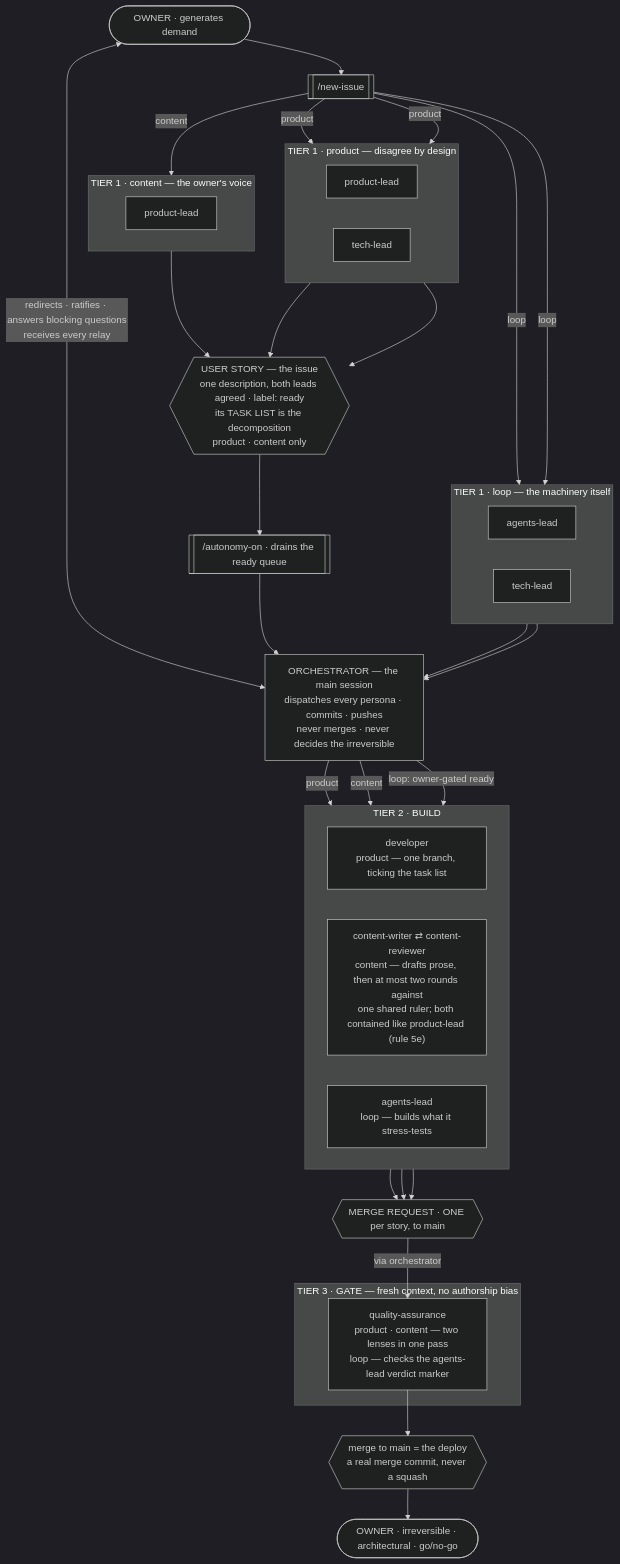
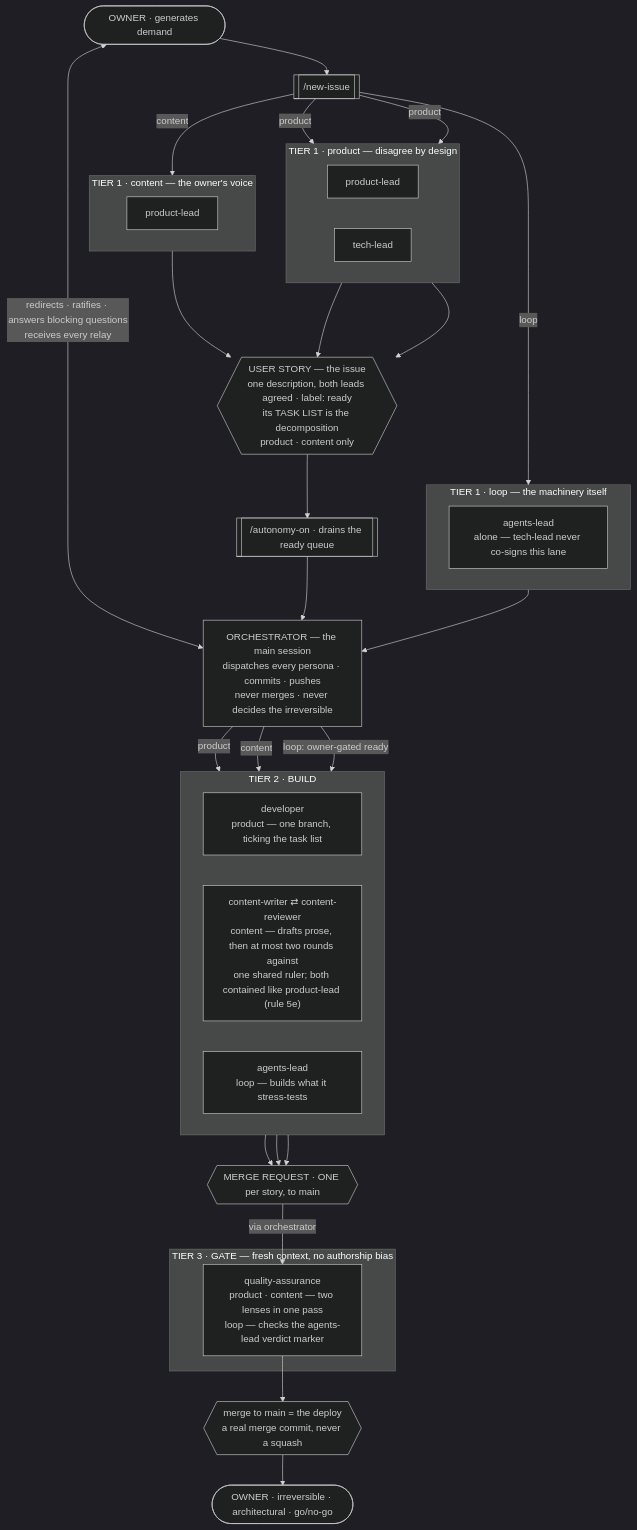
The first of 5 diagrams in README.md (tedeuxx/tadeumendonca-skills), drawn with Mermaid (dark theme) before and after one commit. The commit also changed other lines of this file and 7 other files, not shown here.

First line of the commit message:
fix(loop): loop-typed intake is agents-lead alone, and the wording has one home

````diff
--- a/README.md
+++ b/README.md
@@ -147,72 +147,69 @@
 ```mermaid
 flowchart TB
   O(["OWNER · generates demand"])
   NI[["/new-issue"]]
 
   subgraph T1P["TIER 1 · product — disagree by design"]
     direction LR
     PL["product-lead"]
     TL["tech-lead"]
   end
 
   subgraph T1C["TIER 1 · content — the owner's voice"]
     direction LR
     PLC["product-lead"]
   end
 
   subgraph T1L["TIER 1 · loop — the machinery itself"]
     direction LR
-    HR["agents-lead"]
-    TLL["tech-lead"]
+    HR["agents-lead<br/>alone — tech-lead never co-signs this lane"]
   end
 
   US{{"USER STORY — the issue<br/>one description, both leads agreed · label: ready<br/>its TASK LIST is the decomposition<br/>product · content only"}}
   AO[["/autonomy-on · drains the ready queue"]]
 
   ORCH["ORCHESTRATOR — the main session<br/>dispatches every persona · commits · pushes<br/>never merges · never decides the irreversible"]
 
   subgraph T2["TIER 2 · BUILD"]
     direction LR
     DEV["developer<br/>product — one branch, ticking the task list"]
     WRT["content-writer ⇄ content-reviewer<br/>content — drafts prose, then at most two rounds against<br/>one shared ruler; both contained like product-lead (rule 5e)"]
     HRB["agents-lead<br/>loop — builds what it stress-tests"]
   end
 
   MR{{"MERGE REQUEST · ONE per story, to main"}}
 
   subgraph T3["TIER 3 · GATE — fresh context, no authorship bias"]
     QA["quality-assurance<br/>product · content — two lenses in one pass<br/>loop — checks the agents-lead verdict marker"]
   end
 
   M{{"merge to main = the deploy<br/>a real merge commit, never a squash"}}
   OUT(["OWNER · irreversible · architectural · go/no-go"])
 
   O --> NI
   O <-->|"redirects · ratifies · answers blocking questions<br/>receives every relay"| ORCH
 
   NI -->|product| PL
   NI -->|product| TL
   NI -->|content| PLC
   NI -->|loop| HR
-  NI -->|loop| TLL
 
   PL --> US
   TL --> US
   PLC --> US
   US --> AO
   AO --> ORCH
 
   HR --> ORCH
-  TLL --> ORCH
 
   ORCH -->|"product"| DEV
   ORCH -->|"content"| WRT
   ORCH -->|"loop: owner-gated ready"| HRB
 
   DEV --> MR
   WRT --> MR
   HRB --> MR
   MR -->|"via orchestrator"| QA
   QA --> M
   M --> OUT
 ```
````
